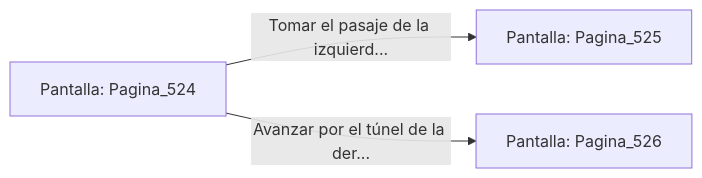
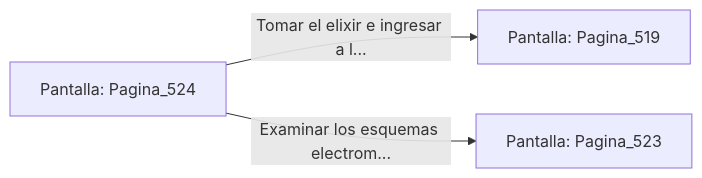
Before and after one commit to metsuke/mpl: the diagram in sample/eligejuego-vault/Pantalla_Pagina_524.md, drawn with Mermaid. The commit also changed other lines of this file and 635 other files, not shown here.

First line of the commit message:
fix: añadir Pagina_1 como pantalla inicial en capitulo_01.mpl

````diff
--- a/sample/eligejuego-vault/Pantalla_Pagina_524.md
+++ b/sample/eligejuego-vault/Pantalla_Pagina_524.md
@@ -20,6 +22,6 @@
 ```mermaid
 graph LR
     P_Pagina_524["Pantalla: Pagina_524"]
-    P_Pagina_524 -->|"Tomar el pasaje de la izquierd..."| P_Pagina_525["Pantalla: Pagina_525"]
-    P_Pagina_524 -->|"Avanzar por el túnel de la der..."| P_Pagina_526["Pantalla: Pagina_526"]
+    P_Pagina_524 -->|"Tomar el elixir e ingresar a l..."| P_Pagina_519["Pantalla: Pagina_519"]
+    P_Pagina_524 -->|"Examinar los esquemas electrom..."| P_Pagina_523["Pantalla: Pagina_523"]
 ```
````
